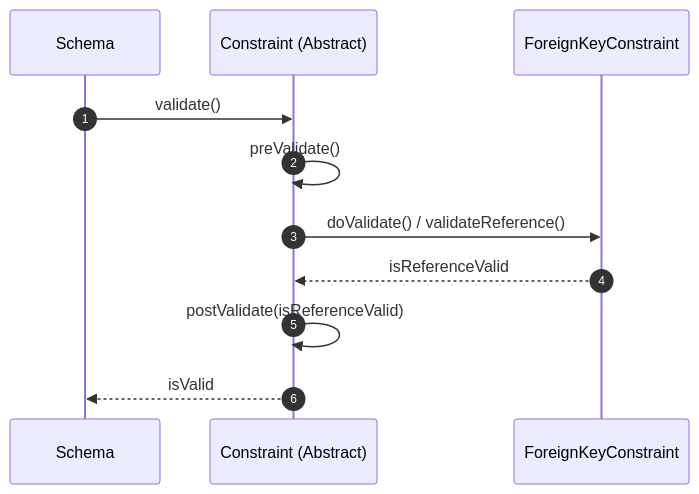
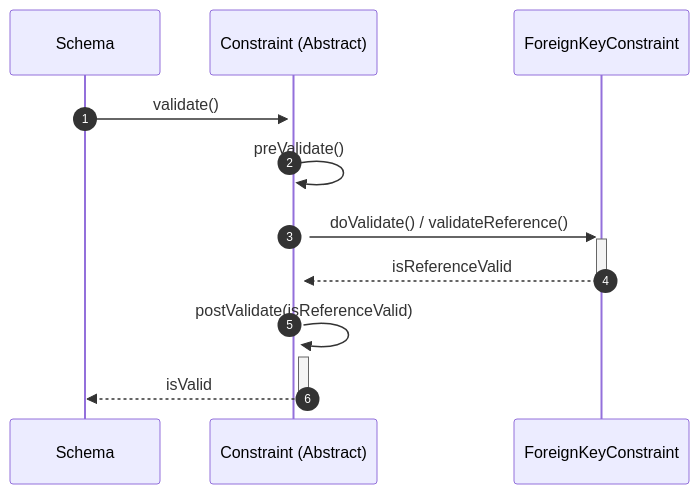
One commit to Dikhang1112/Database_Management_BBV changed diagram 12 of 14 in docs/design_patterns/README.md. Above: the diagram before and after it, drawn with Mermaid. The commit also changed other lines of this file and 12 other files, not shown here.

Commit message:
Refactor sequece diagram

````diff
--- a/docs/design_patterns/README.md
+++ b/docs/design_patterns/README.md
@@ -793,14 +793,14 @@
 ```mermaid
 sequenceDiagram
     autonumber
     participant Schema as Schema
     participant Base as Constraint (Abstract)
     participant Sub as ForeignKeyConstraint
 
-    Schema->>Base: validate()
-    Base->>Base: preValidate()
-    Base->>Sub: doValidate() / validateReference()
-    Sub-->>Base: isReferenceValid
-    Base->>Base: postValidate(isReferenceValid)
-    Base-->>Schema: isValid
+    Schema->>+Base: validate()
+    Base->>+Base: preValidate()
+    Base->>+Sub: doValidate() / validateReference()
+    Sub-->>-Base: isReferenceValid
+    Base->>+Base: postValidate(isReferenceValid)
+    Base-->>-Schema: isValid
 ```
````
